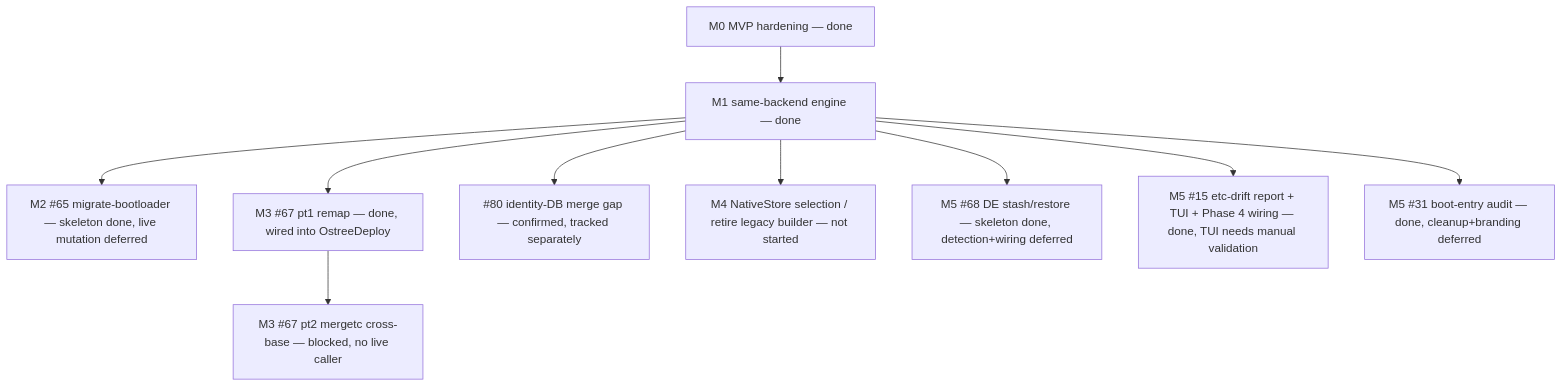
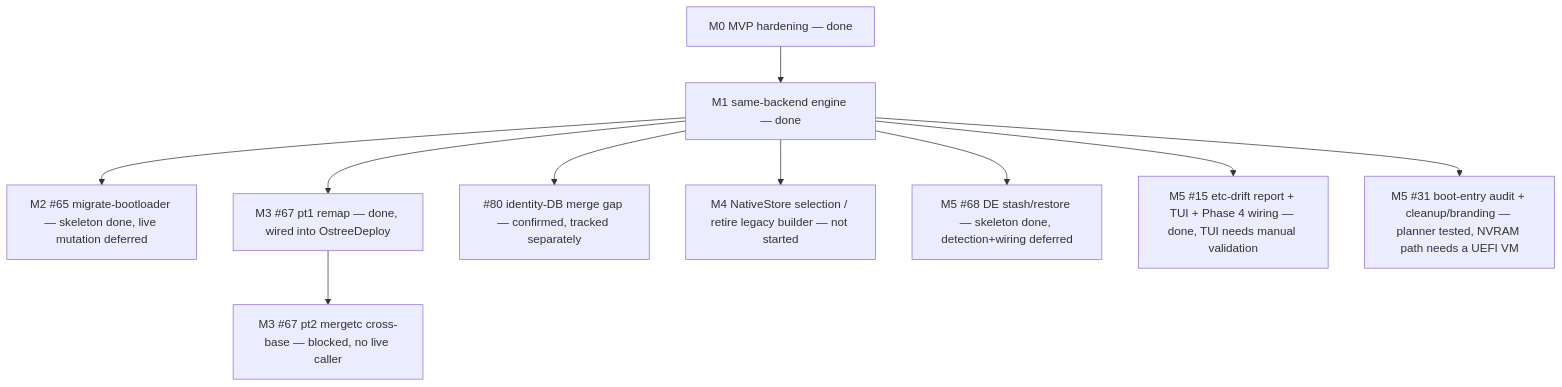
Before and after one commit to tuna-os/bootc-migrate: the diagram in ROADMAP.md, drawn with Mermaid. The commit also changed other lines of this file and 13 other files, not shown here.

First line of the commit message:
feat(rebase): interactive UEFI boot-entry cleanup + branding rename (#31) (#110)

````diff
--- a/ROADMAP.md
+++ b/ROADMAP.md
@@ -172,12 +185,12 @@
 ```mermaid
 graph TD
   M0["M0 MVP hardening — done"] --> M1["M1 same-backend engine — done"]
   M1 --> M2["M2 #65 migrate-bootloader — skeleton done, live mutation deferred"]
   M1 --> M3P1["M3 #67 pt1 remap — done, wired into OstreeDeploy"]
   M3P1 --> M3P2["M3 #67 pt2 mergetc cross-base — blocked, no live caller"]
   M1 --> GAP80["#80 identity-DB merge gap — confirmed, tracked separately"]
   M1 --> M4["M4 NativeStore selection / retire legacy builder — not started"]
   M1 --> M5A["M5 #68 DE stash/restore — skeleton done, detection+wiring deferred"]
   M1 --> M5B["M5 #15 etc-drift report + TUI + Phase 4 wiring — done, TUI needs manual validation"]
-  M1 --> M5C["M5 #31 boot-entry audit — done, cleanup+branding deferred"]
+  M1 --> M5C["M5 #31 boot-entry audit + cleanup/branding — planner tested, NVRAM path needs a UEFI VM"]
 ```
````
